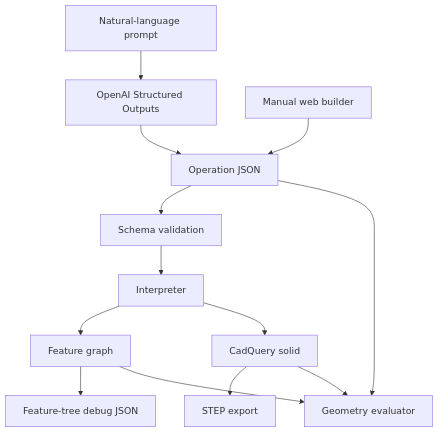
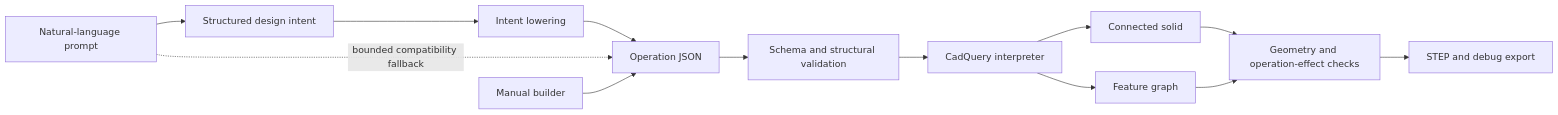
The diagram in docs/architecture.md (DrewTobias27/Prompt2ParametricCAD), drawn with Mermaid before and after one commit. The commit also changed other lines of this file and 54 other files, not shown here.

Commit message:
Streamline repository and strengthen design intent

````diff
--- a/docs/architecture.md
+++ b/docs/architecture.md
@@ -11,15 +8,15 @@
 ```mermaid
-flowchart TD
-    A["Natural-language prompt"] --> B["OpenAI Structured Outputs"]
-    C["Manual web builder"] --> D["Operation JSON"]
-    B --> D
-    D --> E["Schema validation"]
-    E --> F["Interpreter"]
-    F --> G["Feature graph"]
-    F --> H["CadQuery solid"]
-    H --> I["STEP export"]
-    G --> J["Feature-tree debug JSON"]
-    H --> K["Geometry evaluator"]
-    G --> K
-    D --> K
+flowchart LR
+    P["Natural-language prompt"] --> I["Structured design intent"]
+    I --> L["Intent lowering"]
+    L --> J["Operation JSON"]
+    P -. "bounded compatibility fallback" .-> J
+    M["Manual builder"] --> J
+    J --> V["Schema and structural validation"]
+    V --> B["CadQuery interpreter"]
+    B --> S["Connected solid"]
+    B --> G["Feature graph"]
+    S --> Q["Geometry and operation-effect checks"]
+    G --> Q
+    Q --> E["STEP and debug export"]
 ```
````
